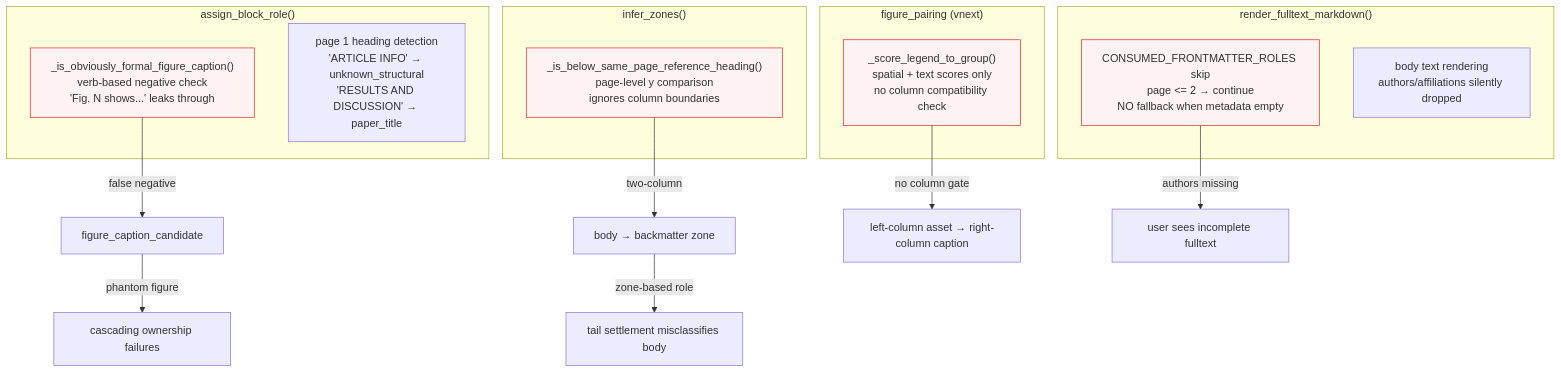
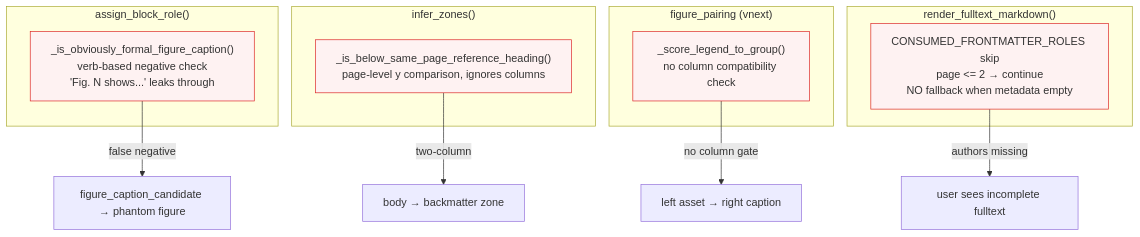
One commit to LLLin000/PaperForge changed the first of 2 diagrams in docs/superpowers/specs/2026-07-05-ocr-four-pr-architecture-hardening-design.md. Above: the diagram before and after it, drawn with Mermaid. The commit also changed other lines of this file and 1 other file, not shown here.

````diff
--- a/docs/superpowers/specs/2026-07-05-ocr-four-pr-architecture-hardening-design.md
+++ b/docs/superpowers/specs/2026-07-05-ocr-four-pr-architecture-hardening-design.md
@@ -25,32 +37,23 @@
 ```mermaid
 flowchart TB
     subgraph assign_block_role["assign_block_role()"]
         heuristic["_is_obviously_formal_figure_caption()<br/>verb-based negative check<br/>'Fig. N shows...' leaks through"]
-        heading["page 1 heading detection<br/>'ARTICLE INFO' → unknown_structural<br/>'RESULTS AND DISCUSSION' → paper_title"]
     end
-
     subgraph infer_zones["infer_zones()"]
-        ref_boundary["_is_below_same_page_reference_heading()<br/>page-level y comparison<br/>ignores column boundaries"]
+        ref_boundary["_is_below_same_page_reference_heading()<br/>page-level y comparison, ignores columns"]
     end
-
     subgraph pairing["figure_pairing (vnext)"]
-        scoring["_score_legend_to_group()<br/>spatial + text scores only<br/>no column compatibility check"]
+        scoring["_score_legend_to_group()<br/>no column compatibility check"]
     end
-
     subgraph render["render_fulltext_markdown()"]
         skip["CONSUMED_FRONTMATTER_ROLES skip<br/>page <= 2 → continue<br/>NO fallback when metadata empty"]
-        body["body text rendering<br/>authors/affiliations silently dropped"]
     end
-
-    heuristic -->|false negative| caption["figure_caption_candidate"]
-    caption -->|phantom figure| invalid_matches["cascading ownership failures"]
+    heuristic -->|false negative| caption["figure_caption_candidate → phantom figure"]
     ref_boundary -->|two-column| zone_pollution["body → backmatter zone"]
-    zone_pollution -->|zone-based role| tail_settlement["tail settlement misclassifies body"]
-    scoring -->|no column gate| cross_col["left-column asset → right-column caption"]
+    scoring -->|no column gate| cross_col["left asset → right caption"]
     skip -->|authors missing| user["user sees incomplete fulltext"]
-
     style heuristic fill:#fef2f2,stroke:#dc2626
     style ref_boundary fill:#fef2f2,stroke:#dc2626
     style scoring fill:#fef2f2,stroke:#dc2626
     style skip fill:#fef2f2,stroke:#dc2626
 ```
````
